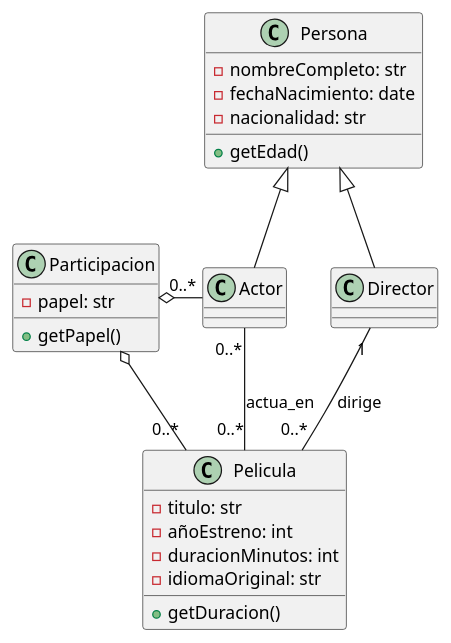
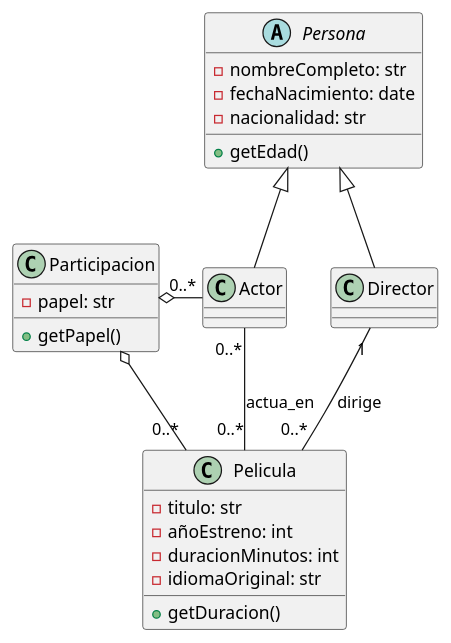
Before and after one commit to IES-Rafael-Alberti/2526-u3-3-1-diagramaclases-oscargarciajaen: the diagram in src/Ej9_DiagramaClases_Peliculas_sol.md, drawn with PlantUML. The commit also changed other lines of this file and 3 other files, not shown here.

```diff
--- a/src/Ej9_DiagramaClases_Peliculas_sol.md
+++ b/src/Ej9_DiagramaClases_Peliculas_sol.md
@@ -52,36 +57,35 @@
     @startuml CatalogoPeliculas_Simple
 
-    ' Clases principales
-    class Persona {
+    Abstract class Persona {
         - nombreCompleto: str
         - fechaNacimiento: date
         - nacionalidad: str
         + getEdad()
     }
 
     class Director extends Persona {
     }
 
     class Actor extends Persona {
     }
 
     class Pelicula {
         - titulo: str
         - añoEstreno: int
         - duracionMinutos: int
         - idiomaOriginal: str
         + getDuracion()
     }
 
     class Participacion {
         - papel: str
         + getPapel()
     }
 
 
     Director "1" -- "0..*" Pelicula : dirige
     Actor "0..*" - "0..*" Pelicula : actua_en
     Participacion o- "0..*" Actor
     Participacion o-- "0..*" Pelicula
 
     @enduml
```
